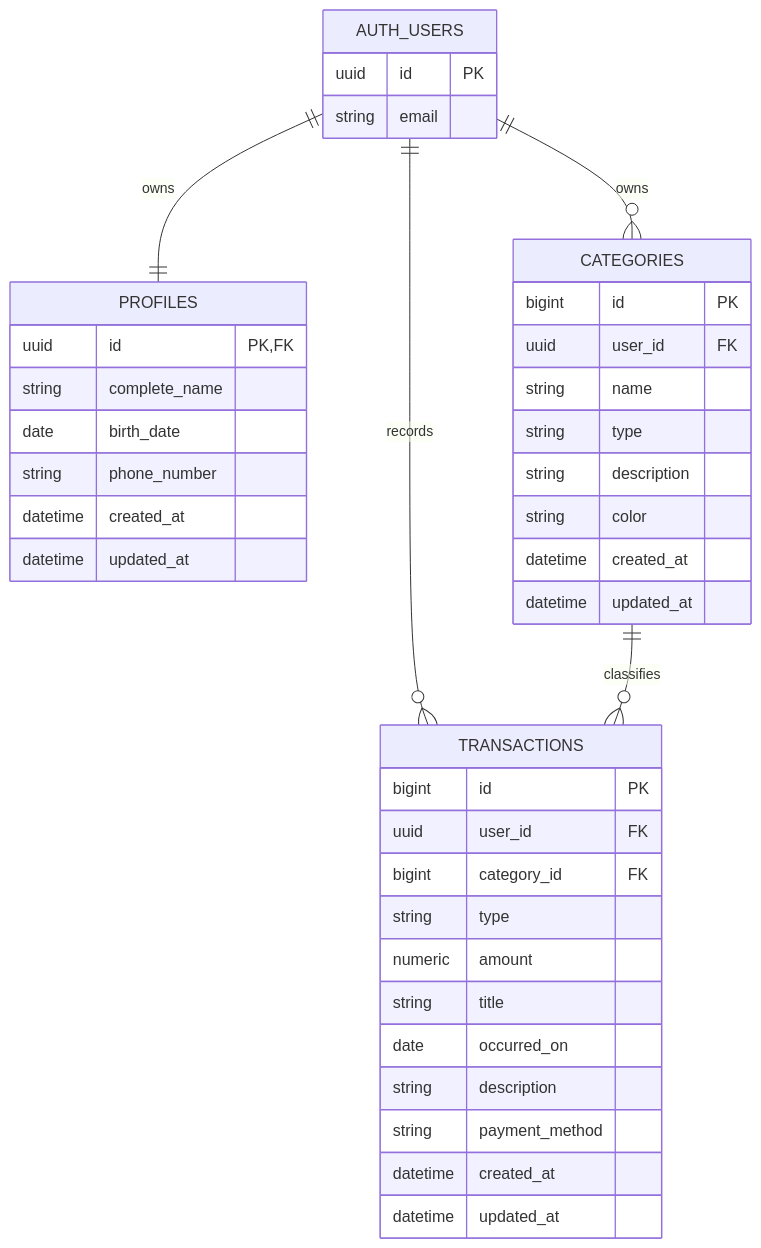
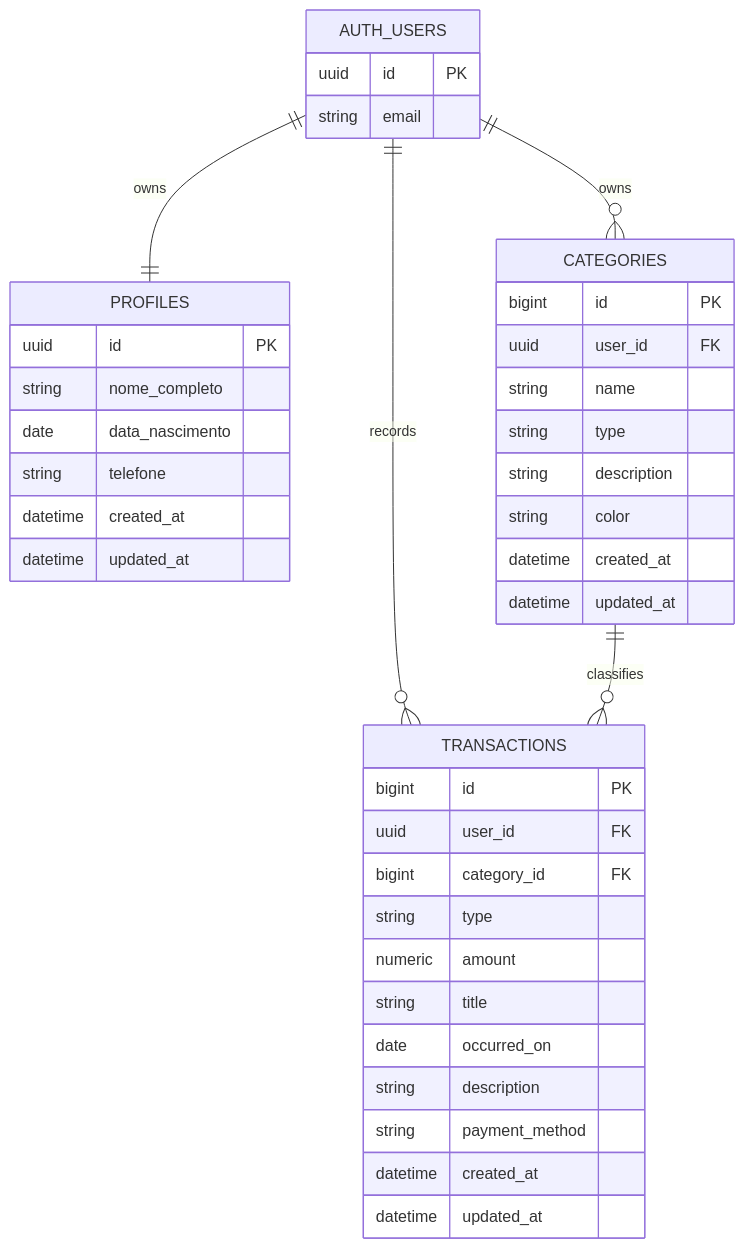
The diagram in docs/database-schema.md (MViniciusCoffe/SpendSmart), drawn with Mermaid before and after one commit. The commit also changed other lines of this file and 12 other files, not shown here.

````diff
--- a/docs/database-schema.md
+++ b/docs/database-schema.md
@@ -119,46 +135,46 @@
 ```mermaid
 erDiagram
   AUTH_USERS {
     uuid id PK
     string email
   }
 
   PROFILES {
-    uuid id PK, FK
-    string complete_name
-    date birth_date
-    string phone_number
+    uuid id PK
+    string nome_completo
+    date data_nascimento
+    string telefone
     datetime created_at
     datetime updated_at
   }
 
   CATEGORIES {
     bigint id PK
     uuid user_id FK
     string name
     string type
     string description
     string color
     datetime created_at
     datetime updated_at
   }
 
   TRANSACTIONS {
     bigint id PK
     uuid user_id FK
     bigint category_id FK
     string type
     numeric amount
     string title
     date occurred_on
     string description
     string payment_method
     datetime created_at
     datetime updated_at
   }
 
   AUTH_USERS ||--|| PROFILES : owns
   AUTH_USERS ||--o{ CATEGORIES : owns
   AUTH_USERS ||--o{ TRANSACTIONS : records
   CATEGORIES ||--o{ TRANSACTIONS : classifies
 ```
````
